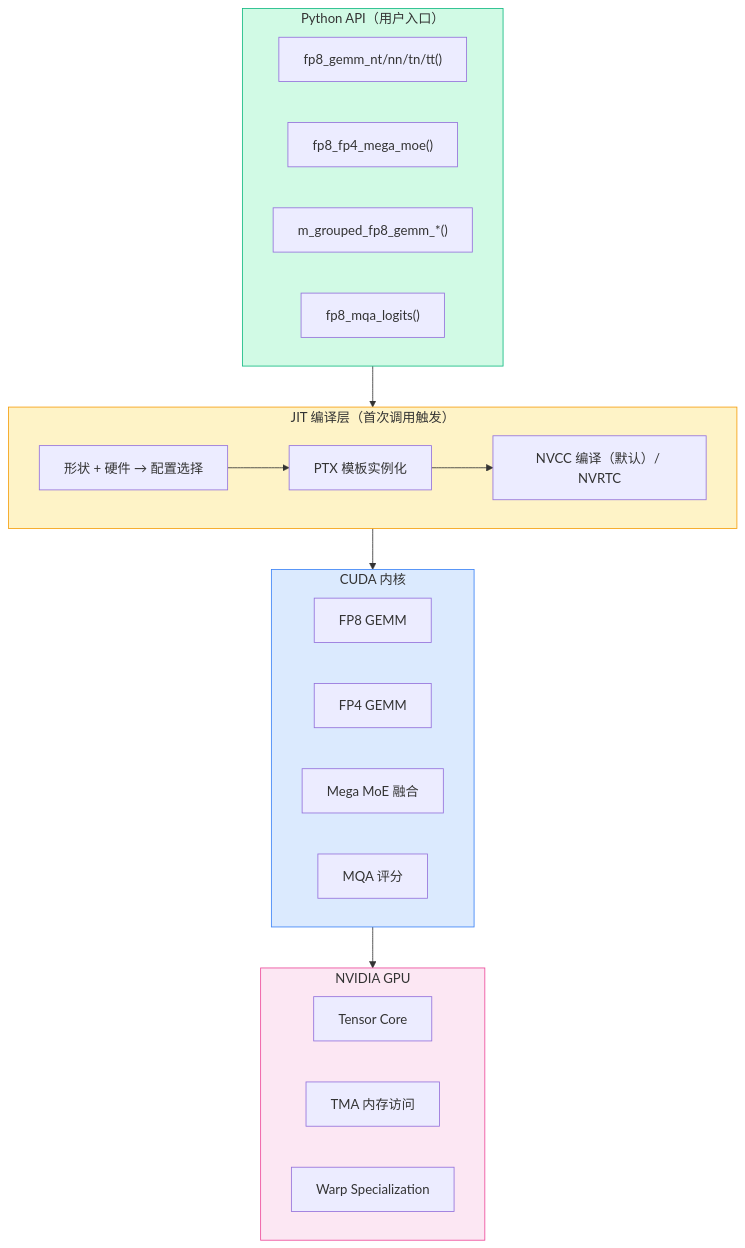
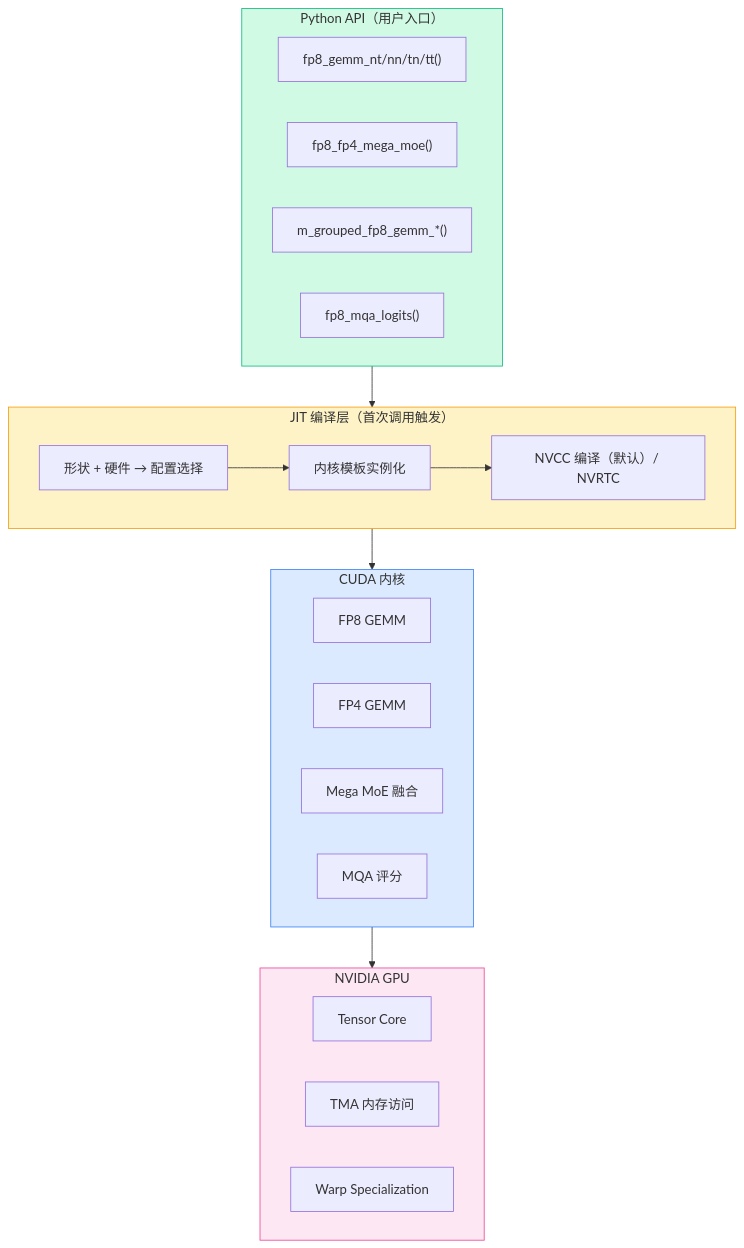
The first of 5 diagrams in content/posts/tech/deepgemm-high-performance-fp8-gemm-kernels.md (A1pha3/text-matrix), drawn with Mermaid before and after one commit. The commit also changed other lines of this file and 17 other files, not shown here.

````diff
--- a/content/posts/tech/deepgemm-high-performance-fp8-gemm-kernels.md
+++ b/content/posts/tech/deepgemm-high-performance-fp8-gemm-kernels.md
@@ -20,38 +37,38 @@
 ```mermaid
 flowchart TB
     subgraph Python["Python API（用户入口）"]
         GEMM["fp8_gemm_nt/nn/tn/tt()"]
         MOE["fp8_fp4_mega_moe()"]
         GROUP["m_grouped_fp8_gemm_*()"]
         MQA["fp8_mqa_logits()"]
     end
 
     subgraph JIT["JIT 编译层（首次调用触发）"]
         CONFIG["形状 + 硬件 → 配置选择"]
-        TEMPLATE["PTX 模板实例化"]
+        TEMPLATE["内核模板实例化"]
         NVRTC["NVCC 编译（默认）/ NVRTC"]
         CONFIG --> TEMPLATE --> NVRTC
     end
 
     subgraph Kernels["CUDA 内核"]
         FP8G["FP8 GEMM"]
         FP4G["FP4 GEMM"]
         MEGA["Mega MoE 融合"]
         MQAK["MQA 评分"]
     end
 
     subgraph Hardware["NVIDIA GPU"]
         TC["Tensor Core"]
         TMA["TMA 内存访问"]
         WARP["Warp Specialization"]
     end
 
     Python --> JIT
     JIT --> Kernels
     Kernels --> Hardware
 
     style Python fill:#d1fae5,stroke:#10b981
     style JIT fill:#fef3c7,stroke:#f59e0b
     style Kernels fill:#dbeafe,stroke:#3b82f6
     style Hardware fill:#fce7f3,stroke:#ec4899
 ```
````
